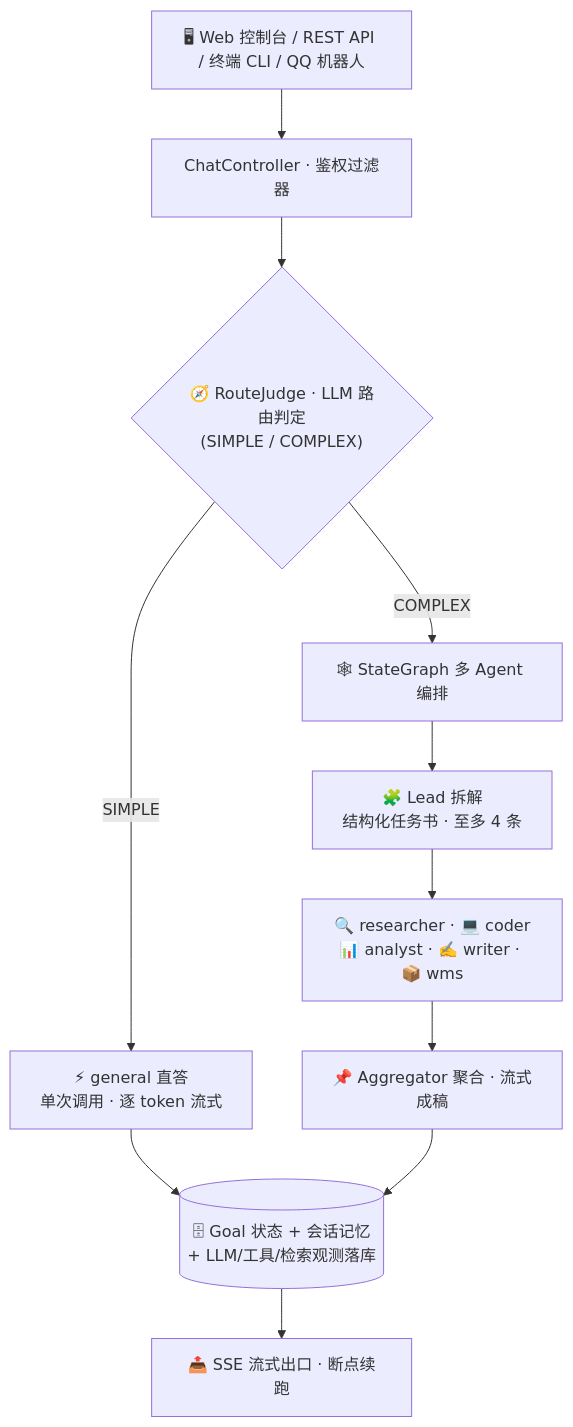
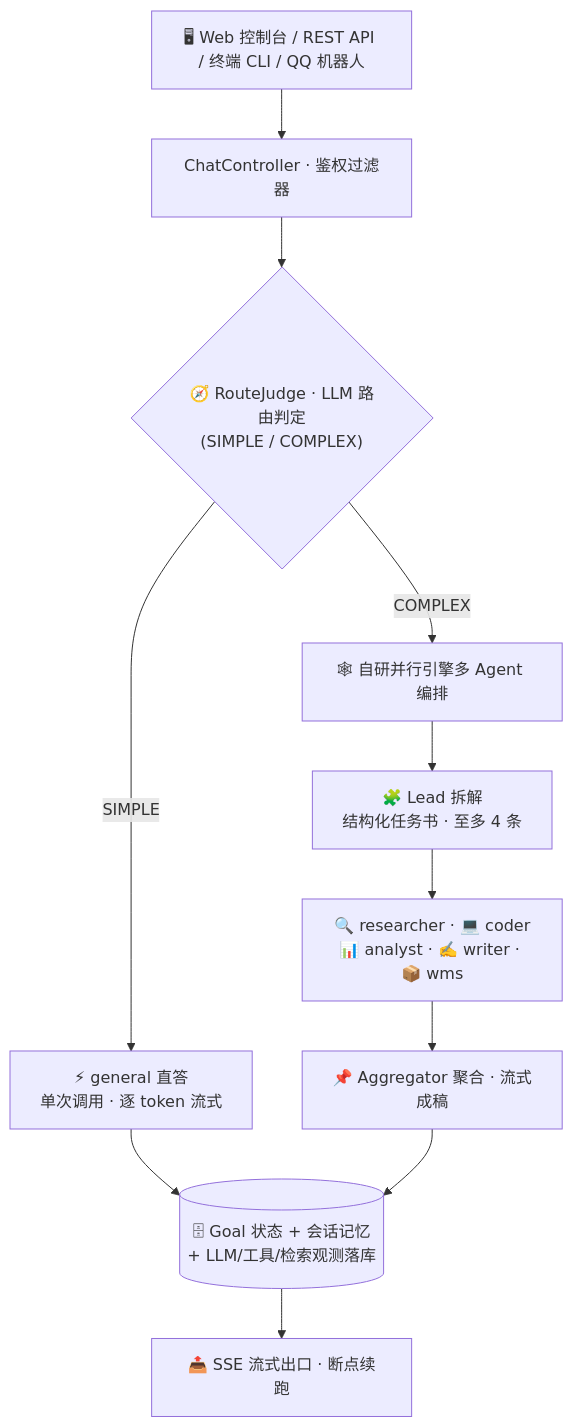
The diagram in docs/reports/项目介绍文档.md (cxknotjj/Deerfect_harness), drawn with Mermaid before and after one commit. The commit also changed other lines of this file and 14 other files, not shown here.

````diff
--- a/docs/reports/项目介绍文档.md
+++ b/docs/reports/项目介绍文档.md
@@ -25,12 +25,12 @@
 ```mermaid
 flowchart TD
     A["🖥 Web 控制台 / REST API / 终端 CLI / QQ 机器人"] --> B["ChatController · 鉴权过滤器"]
     B --> C{"🧭 RouteJudge · LLM 路由判定<br/>(SIMPLE / COMPLEX)"}
     C -->|SIMPLE| D["⚡ general 直答<br/>单次调用 · 逐 token 流式"]
-    C -->|COMPLEX| E["🕸 StateGraph 多 Agent 编排"]
+    C -->|COMPLEX| E["🕸 自研并行引擎多 Agent 编排"]
     E --> F["🧩 Lead 拆解<br/>结构化任务书 · 至多 4 条"]
     F --> G["🔍 researcher · 💻 coder<br/>📊 analyst · ✍️ writer · 📦 wms"]
     G --> H["📌 Aggregator 聚合 · 流式成稿"]
     D & H --> I[("🗄 Goal 状态 + 会话记忆<br/>+ LLM/工具/检索观测落库")]
     I --> J["📤 SSE 流式出口 · 断点续跑"]
 ```
````
